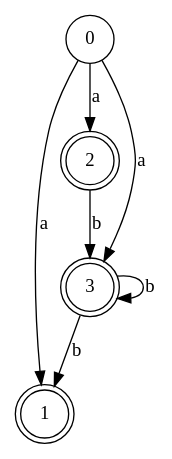
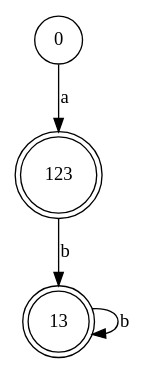
Before and after one commit to igorbragaia/CTC-34: the diagram in projeto_1/test-output/graph.gv, drawn with Graphviz. The commit also changed 4 other files, not shown here.

```diff
--- a/projeto_1/test-output/graph.gv
+++ b/projeto_1/test-output/graph.gv
@@ -1,12 +1,8 @@
 digraph {
 	0 [shape=circle]
-	1 [shape=doublecircle]
-	2 [shape=doublecircle]
-	3 [shape=doublecircle]
-	0 -> 2 [label=a]
-	3 -> 3 [label=b]
-	0 -> 3 [label=a]
-	0 -> 1 [label=a]
-	3 -> 1 [label=b]
-	2 -> 3 [label=b]
+	123 [shape=doublecircle]
+	13 [shape=doublecircle]
+	0 -> 123 [label=a]
+	123 -> 13 [label=b]
+	13 -> 13 [label=b]
 }
```
